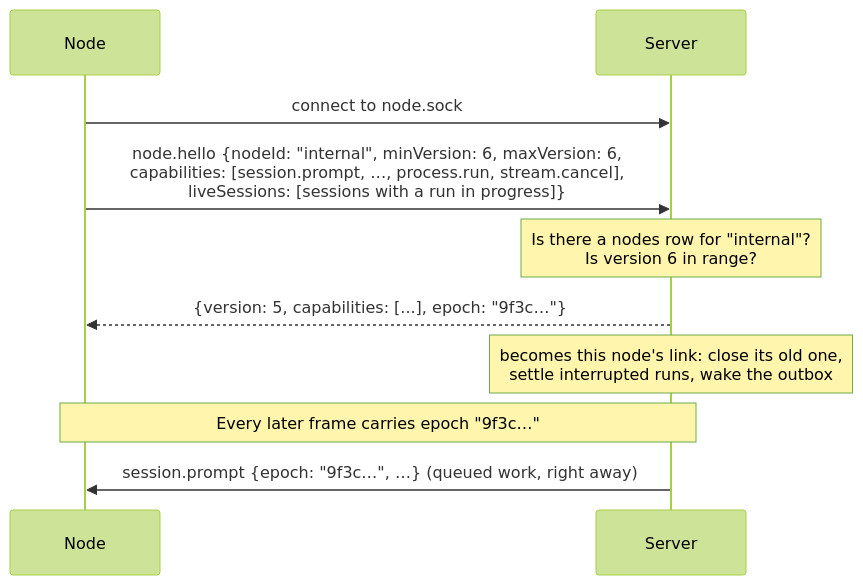
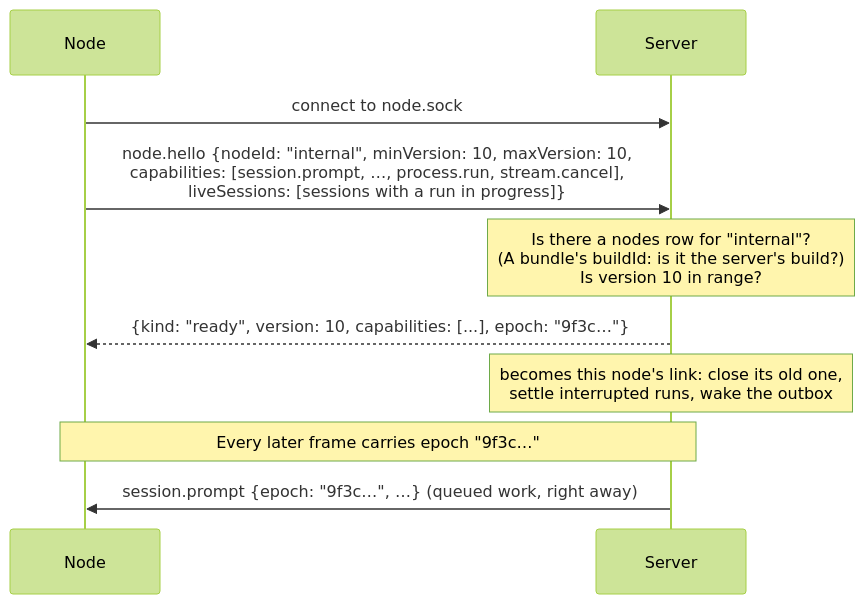
The fourth of 9 diagrams in docs/dev/node-transport.md (willtcarey/reins), drawn with Mermaid (forest theme) before and after one commit. The commit also changed other lines of this file and 44 other files, not shown here.

Commit message:
Node updates: the hello carries the build ID and is answered ready, update or error (ADR-025, protocol 10); the bundle installs a new build and Bun and restarts through its launcher

````diff
--- a/docs/dev/node-transport.md
+++ b/docs/dev/node-transport.md
@@ -275,12 +275,12 @@
 ```mermaid
 sequenceDiagram
     participant N as Node
     participant S as Server
     N->>S: connect to node.sock
-    N->>S: node.hello {nodeId: "internal", minVersion: 6, maxVersion: 6,<br/>capabilities: [session.prompt, …, process.run, stream.cancel],<br/>liveSessions: [sessions with a run in progress]}
-    Note over S: Is there a nodes row for "internal"?<br/>Is version 6 in range?
-    S-->>N: {version: 5, capabilities: [...], epoch: "9f3c…"}
+    N->>S: node.hello {nodeId: "internal", minVersion: 10, maxVersion: 10,<br/>capabilities: [session.prompt, …, process.run, stream.cancel],<br/>liveSessions: [sessions with a run in progress]}
+    Note over S: Is there a nodes row for "internal"?<br/>(A bundle's buildId: is it the server's build?)<br/>Is version 10 in range?
+    S-->>N: {kind: "ready", version: 10, capabilities: [...], epoch: "9f3c…"}
     Note over S: becomes this node's link: close its old one,<br/>settle interrupted runs, wake the outbox
     Note over N,S: Every later frame carries epoch "9f3c…"
     S->>N: session.prompt {epoch: "9f3c…", …} (queued work, right away)
 ```
````
